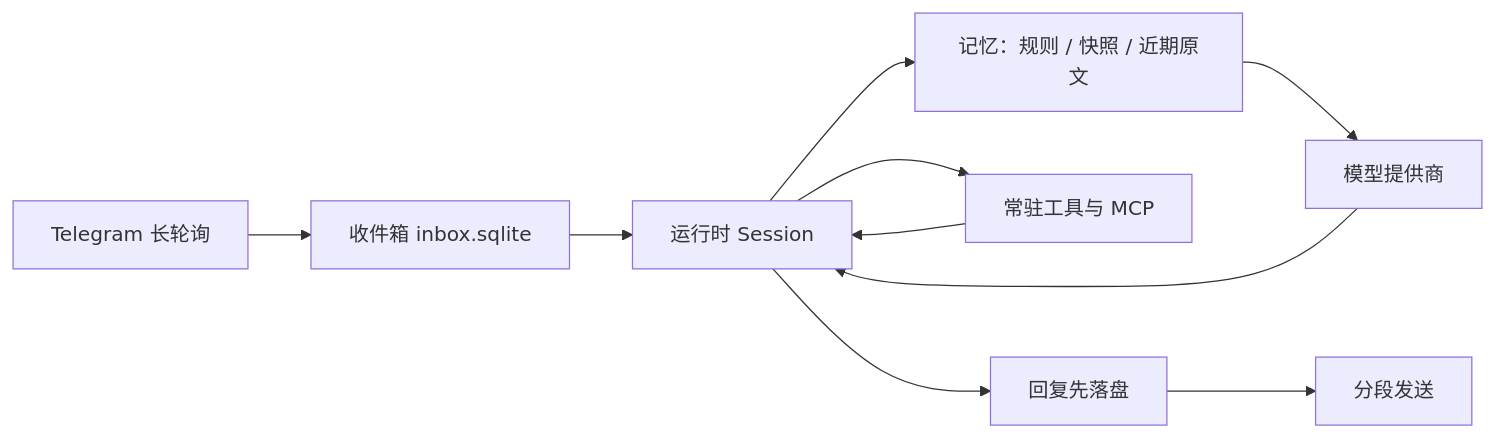
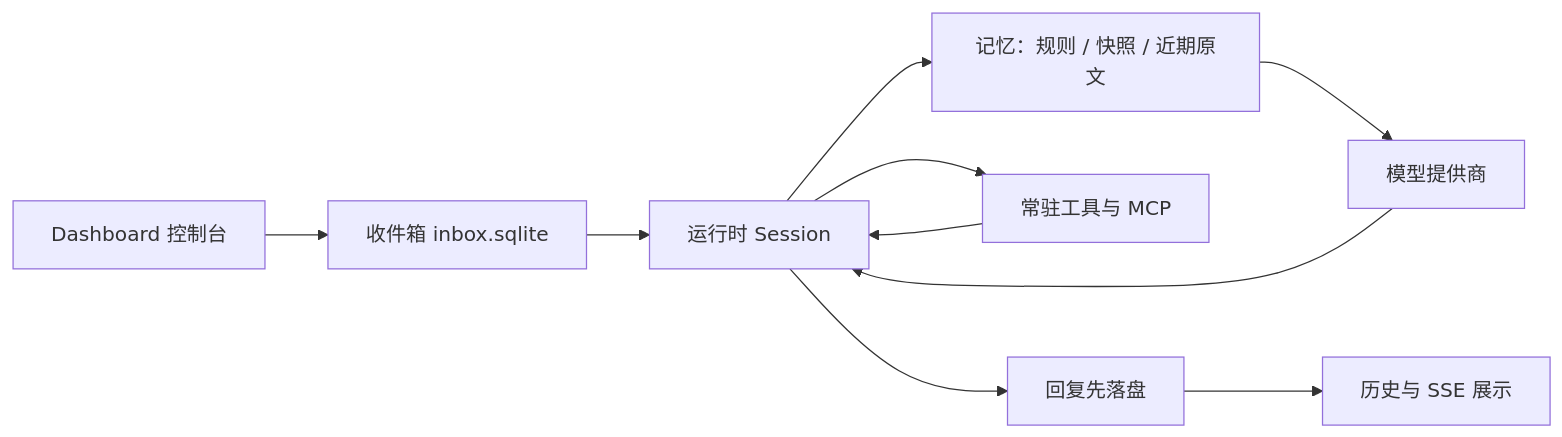
One commit to NaoYUN77/aster-dashboard changed the diagram in README.md. Above: the diagram before and after it, drawn with Mermaid. The commit also changed other lines of this file and 126 other files, not shown here.

````diff
--- a/README.md
+++ b/README.md
@@ -15,12 +15,12 @@
 ```mermaid
 flowchart LR
-  tg["Telegram 长轮询"] --> inbox["收件箱 inbox.sqlite"]
+  dash["Dashboard 控制台"] --> inbox["收件箱 inbox.sqlite"]
   inbox --> runtime["运行时 Session"]
   runtime --> memory["记忆：规则 / 快照 / 近期原文"]
   memory --> model["模型提供商"]
   runtime --> tools["常驻工具与 MCP"]
   tools --> runtime
   model --> runtime
   runtime --> saved["回复先落盘"]
-  saved --> send["分段发送"]
+  saved --> view["历史与 SSE 展示"]
 ```
````
